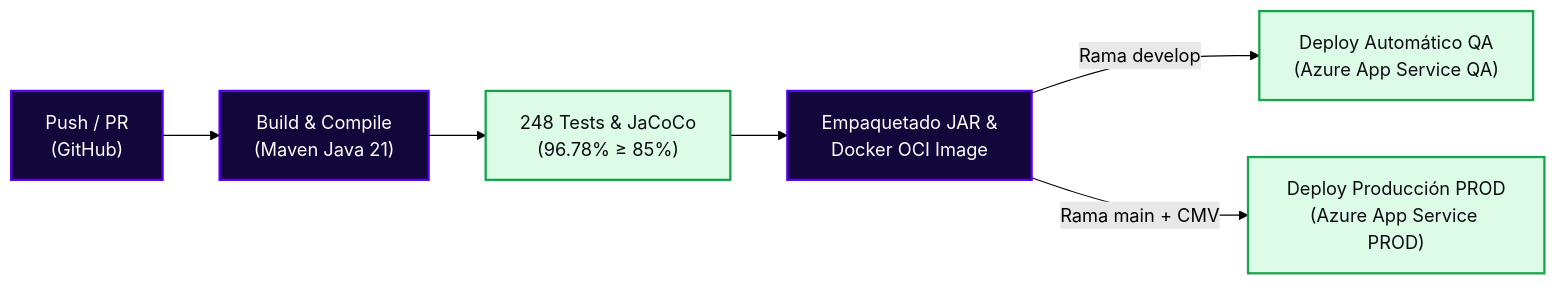
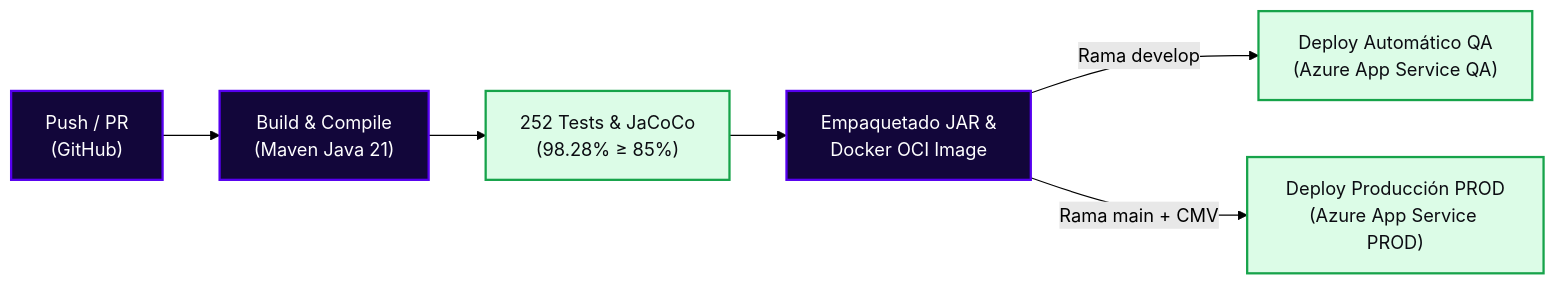
One commit to StyleRadar1/PT8080-Donations-Service changed the diagram in README.md. Above: the diagram before and after it, drawn with Mermaid (forest theme). The commit also changed other lines of this file and 7 other files, not shown here.

````diff
--- a/README.md
+++ b/README.md
@@ -523,14 +524,14 @@
 ```mermaid
 flowchart LR
     A["Push / PR<br>(GitHub)"] --> B["Build & Compile<br>(Maven Java 21)"]
-    B --> C["248 Tests & JaCoCo<br>(96.78% ≥ 85%)"]
+    B --> C["252 Tests & JaCoCo<br>(98.28% ≥ 85%)"]
     C --> D["Empaquetado JAR &<br>Docker OCI Image"]
     D -->|Rama develop| E["Deploy Automático QA<br>(Azure App Service QA)"]
     D -->|Rama main + CMV| F["Deploy Producción PROD<br>(Azure App Service PROD)"]
 
     classDef step fill:#12063A,stroke:#5600EF,stroke-width:2px,color:#FFFFFF;
     classDef pass fill:#DCFCE7,stroke:#16A34A,stroke-width:2px,color:#0C0C12;
 
     class A,B,D step;
     class C,E,F pass;
 ```
````
